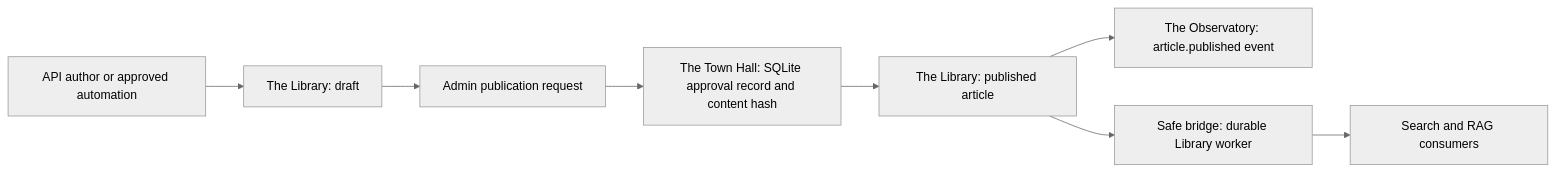
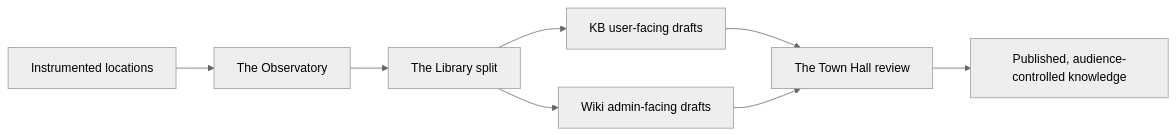
One commit to Trancendos/Tranc3 changed the fourth of 4 diagrams in docs/DOCUMENT_LIFECYCLE.md. Above: the diagram before and after it, drawn with Mermaid (neutral theme). The commit also changed other lines of this file and 29 other files, not shown here.

````diff
--- a/docs/DOCUMENT_LIFECYCLE.md
+++ b/docs/DOCUMENT_LIFECYCLE.md
@@ -33,10 +67,10 @@
 ```mermaid
 flowchart LR
-  A[API author or approved automation] --> B[The Library: draft]
-  B --> C[Admin publication request]
-  C --> D[The Town Hall: SQLite approval record and content hash]
-  D --> E[The Library: published article]
-  E --> F[The Observatory: article.published event]
-  E --> G[Safe bridge: durable Library worker]
-  G --> H[Search and RAG consumers]
+  A[Instrumented locations] --> B[The Observatory]
+  B --> C[The Library split]
+  C --> D[KB user-facing drafts]
+  C --> E[Wiki admin-facing drafts]
+  D --> F[The Town Hall review]
+  E --> F
+  F --> G[Published, audience-controlled knowledge]
 ```
````
